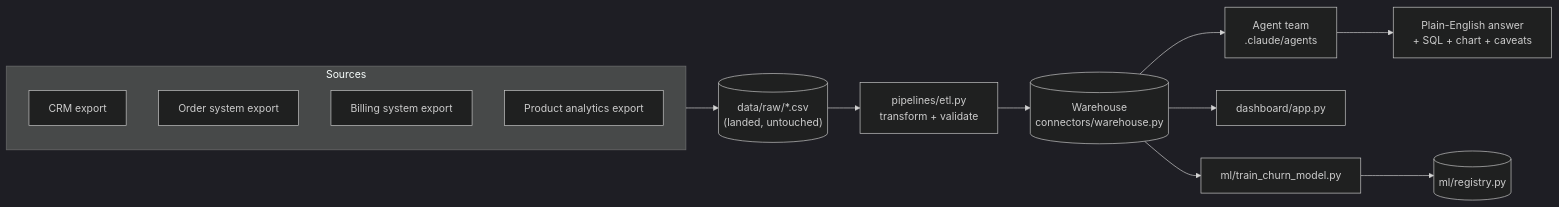
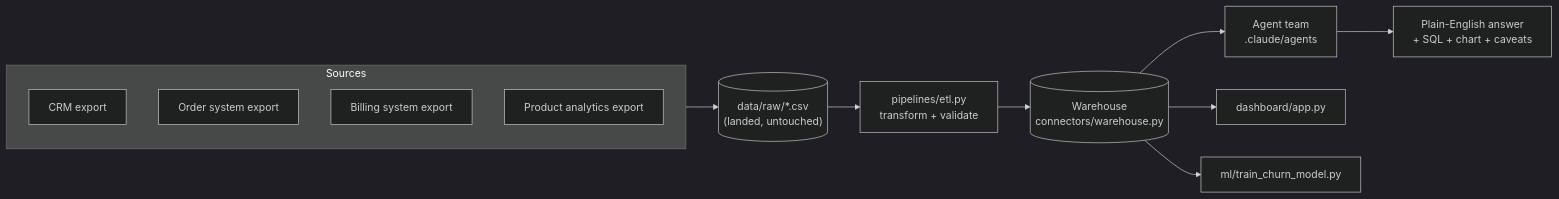
One commit to rithikahaha/AI-Data-Analyst-Claude-Code changed the diagram in docs/ARCHITECTURE.md. Above: the diagram before and after it, drawn with Mermaid (dark theme). The commit also changed other lines of this file and 11 other files, not shown here.

````diff
--- a/docs/ARCHITECTURE.md
+++ b/docs/ARCHITECTURE.md
@@ -9,17 +9,16 @@
 ```mermaid
 flowchart LR
     subgraph Sources
         CRM[CRM export]
         Orders[Order system export]
         Billing[Billing system export]
         Product[Product analytics export]
     end
     Sources --> Raw[("data/raw/*.csv\n(landed, untouched)")]
     Raw --> ETL[pipelines/etl.py\ntransform + validate]
     ETL --> WH[(Warehouse\nconnectors/warehouse.py)]
     WH --> Agents[Agent team\n.claude/agents]
     WH --> Dashboard[dashboard/app.py]
     WH --> Model[ml/train_churn_model.py]
-    Model --> Registry[(ml/registry.py)]
     Agents --> Answer["Plain-English answer\n+ SQL + chart + caveats"]
 ```
````
